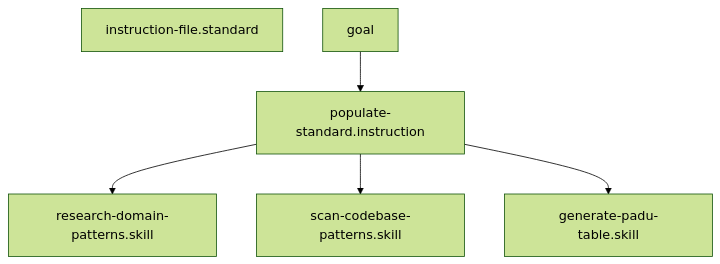
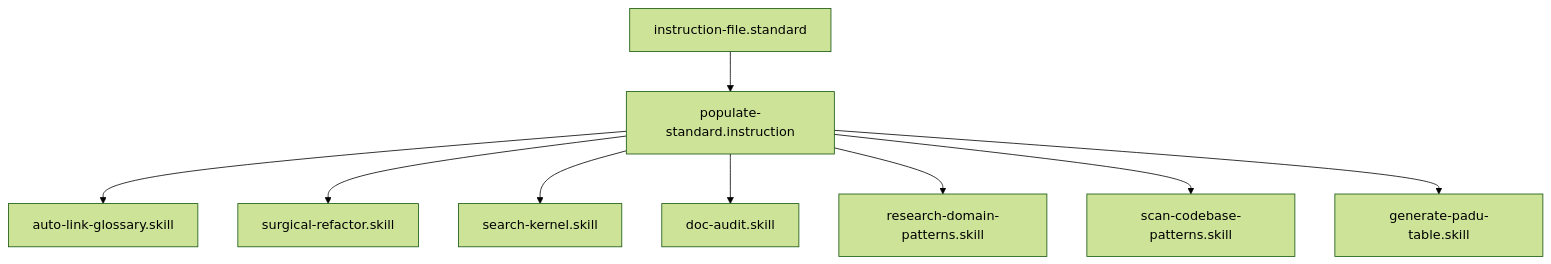
One commit to Gizmo4Life/ai-kernel changed the diagram in instructions/populate-standard.instruction.md. Above: the diagram before and after it, drawn with Mermaid (forest theme). The commit also changed 89 other files, not shown here.

````diff
--- a/instructions/populate-standard.instruction.md
+++ b/instructions/populate-standard.instruction.md
@@ -26,8 +26,11 @@
 ```mermaid
 graph TD
-    instruction-file.standard
-goal --> populate-standard.instruction
+    instruction-file.standard --> populate-standard.instruction
+    populate-standard.instruction --> auto-link-glossary[auto-link-glossary.skill]
+    populate-standard.instruction --> surgical-refactor[surgical-refactor.skill]
+    populate-standard.instruction --> search-kernel[search-kernel.skill]
+    populate-standard.instruction --> doc-audit[doc-audit.skill]
     populate-standard.instruction --> research-domain-patterns[research-domain-patterns.skill]
     populate-standard.instruction --> scan-codebase-patterns[scan-codebase-patterns.skill]
     populate-standard.instruction --> generate-padu-table[generate-padu-table.skill]
 ```
````
